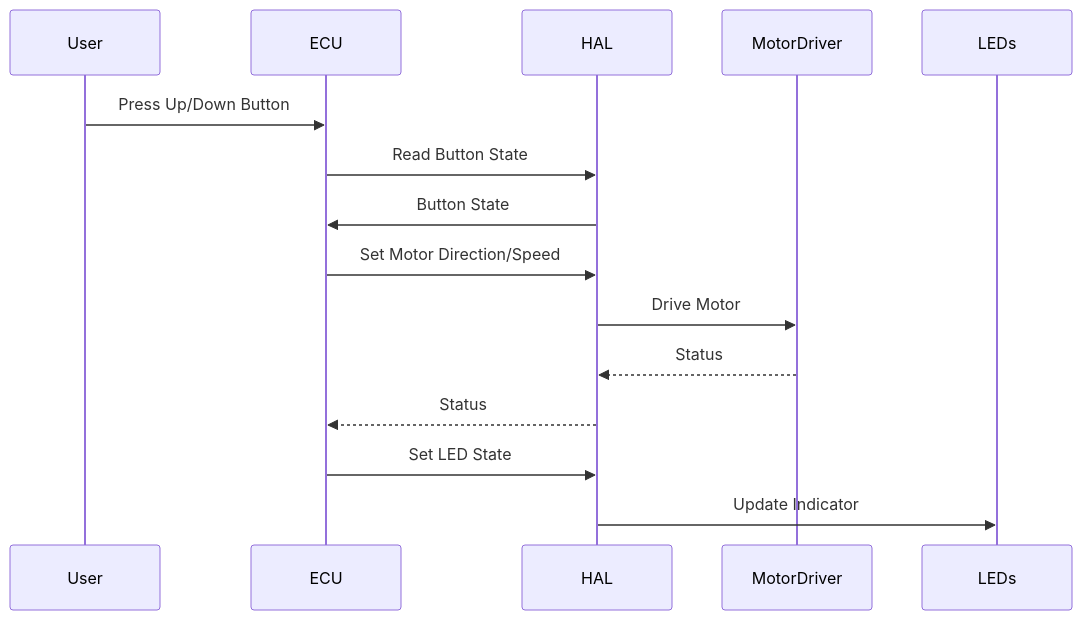
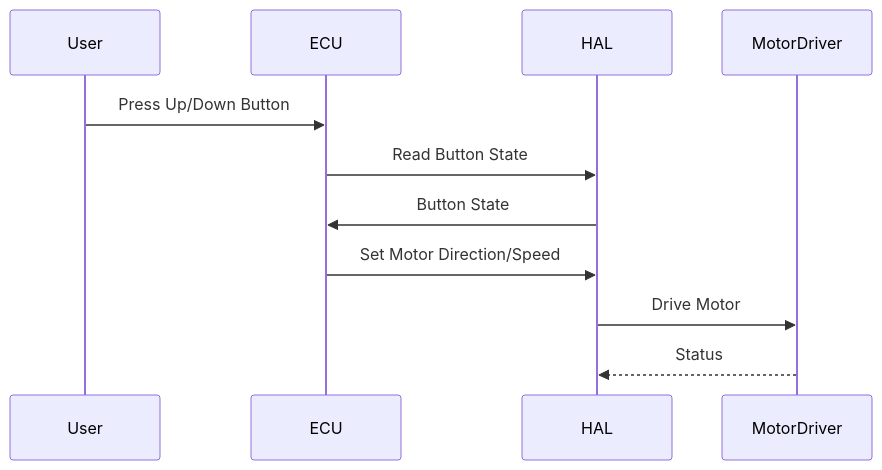
The first of 3 diagrams in documentation/SoftwareDetailedDesign.md (aperico/deskautomation), drawn with Mermaid before and after one commit. The commit also changed other lines of this file and 10 other files, not shown here.

Commit message:
Refactor documentation: Revise README, enhance safety notes, and update glossary, hardware connections, roadmap, and software architecture for clarity and completeness

````diff
--- a/documentation/SoftwareDetailedDesign.md
+++ b/documentation/SoftwareDetailedDesign.md
@@ -44,16 +55,13 @@
 ```mermaid
 sequenceDiagram
-	participant User
-	participant ECU
-	participant HAL
-	participant MotorDriver
-	User->>ECU: Press Up/Down Button
-	ECU->>HAL: Read Button State
-	HAL->>ECU: Button State
-	ECU->>HAL: Set Motor Direction/Speed
-	HAL->>MotorDriver: Drive Motor
-	MotorDriver-->>HAL: Status
-	HAL-->>ECU: Status
-	ECU->>HAL: Set LED State
-	HAL->>LEDs: Update Indicator
+    participant User
+    participant ECU
+    participant HAL
+    participant MotorDriver
+    User->>ECU: Press Up/Down Button
+    ECU->>HAL: Read Button State
+    HAL->>ECU: Button State
+    ECU->>HAL: Set Motor Direction/Speed
+    HAL->>MotorDriver: Drive Motor
+    MotorDriver-->>HAL: Status
 ```
````
